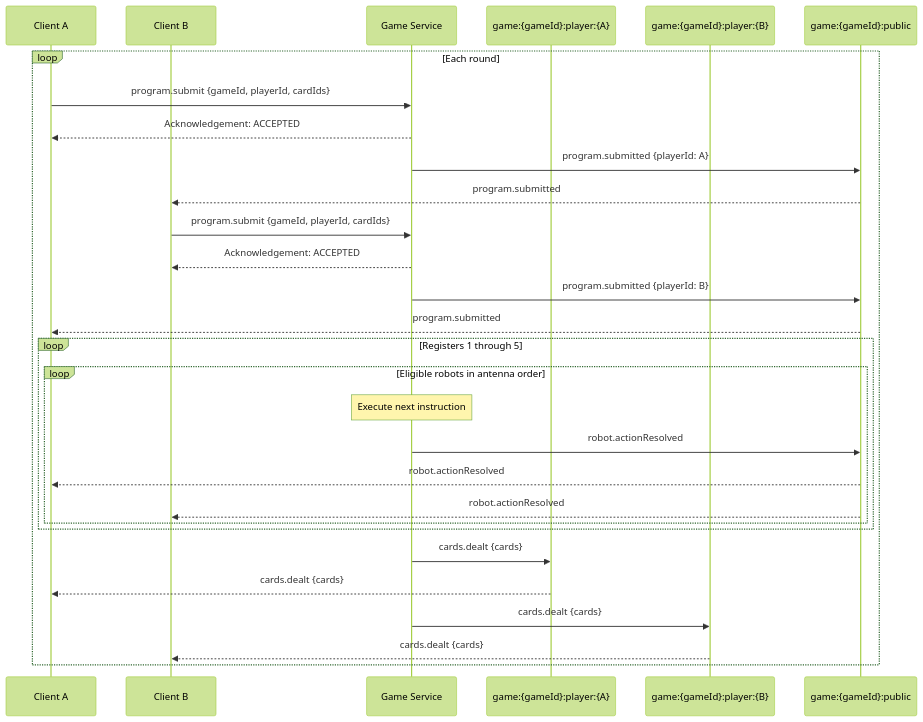
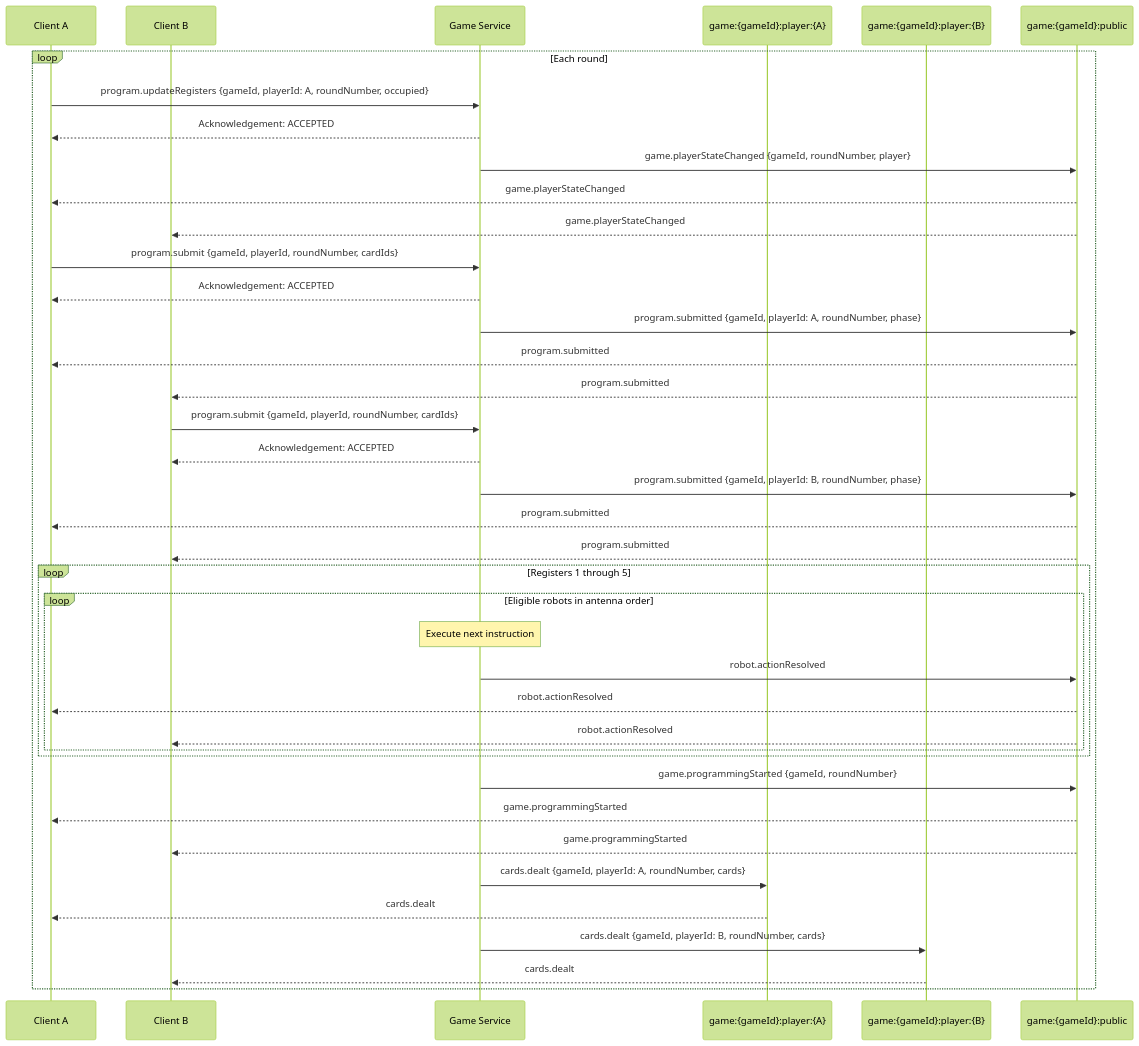
One commit to hananinas/RoboRally changed the second of 4 diagrams in docs/Communication.md. Above: the diagram before and after it, drawn with Mermaid (forest theme). The commit also changed other lines of this file and 2 other files, not shown here.

Commit message:
contract: expose lobby registers and stats without sharing hands

````diff
--- a/docs/Communication.md
+++ b/docs/Communication.md
@@ -183,34 +205,44 @@
 ```mermaid
 sequenceDiagram
     participant A as Client A
     participant B as Client B
     participant Server as Game Service
     participant PrivateA as game:{gameId}:player:{A}
     participant PrivateB as game:{gameId}:player:{B}
     participant Public as game:{gameId}:public
 
     loop Each round
-        A->>Server: program.submit {gameId, playerId, cardIds}
+        A->>Server: program.updateRegisters {gameId, playerId: A, roundNumber, occupied}
         Server-->>A: Acknowledgement: ACCEPTED
-        Server->>Public: program.submitted {playerId: A}
+        Server->>Public: game.playerStateChanged {gameId, roundNumber, player}
+        Public-->>A: game.playerStateChanged
+        Public-->>B: game.playerStateChanged
+        A->>Server: program.submit {gameId, playerId, roundNumber, cardIds}
+        Server-->>A: Acknowledgement: ACCEPTED
+        Server->>Public: program.submitted {gameId, playerId: A, roundNumber, phase}
+        Public-->>A: program.submitted
         Public-->>B: program.submitted
 
-        B->>Server: program.submit {gameId, playerId, cardIds}
+        B->>Server: program.submit {gameId, playerId, roundNumber, cardIds}
         Server-->>B: Acknowledgement: ACCEPTED
-        Server->>Public: program.submitted {playerId: B}
+        Server->>Public: program.submitted {gameId, playerId: B, roundNumber, phase}
         Public-->>A: program.submitted
+        Public-->>B: program.submitted
         loop Registers 1 through 5
             loop Eligible robots in antenna order
                 Note over Server: Execute next instruction
                 Server->>Public: robot.actionResolved
                 Public-->>A: robot.actionResolved
                 Public-->>B: robot.actionResolved
             end
         end
 
-        Server->>PrivateA: cards.dealt {cards}
-        PrivateA-->>A: cards.dealt {cards}
-        Server->>PrivateB: cards.dealt {cards}
-        PrivateB-->>B: cards.dealt {cards}
+        Server->>Public: game.programmingStarted {gameId, roundNumber}
+        Public-->>A: game.programmingStarted
+        Public-->>B: game.programmingStarted
+        Server->>PrivateA: cards.dealt {gameId, playerId: A, roundNumber, cards}
+        PrivateA-->>A: cards.dealt
+        Server->>PrivateB: cards.dealt {gameId, playerId: B, roundNumber, cards}
+        PrivateB-->>B: cards.dealt
     end
 ```
````
